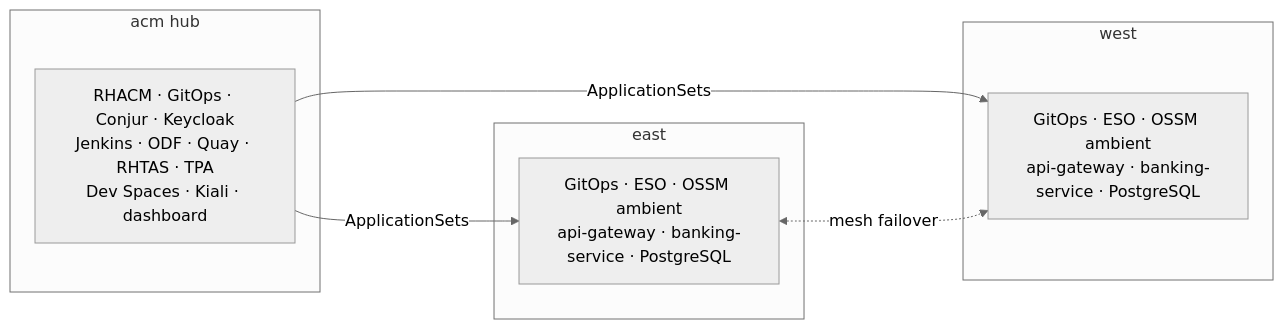
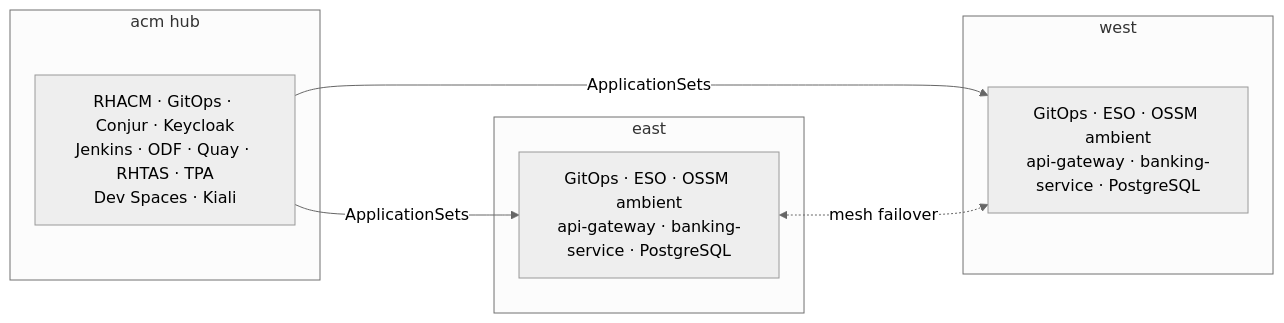
One commit to panchoraposo/demo-spring changed the diagram in README.md. Above: the diagram before and after it, drawn with Mermaid (neutral theme). The commit also changed 3 other files, not shown here.

First line of the commit message:
Omit the credentials dashboard from architecture diagrams.

````diff
--- a/README.md
+++ b/README.md
@@ -13,15 +13,15 @@
 ```mermaid
 flowchart LR
   subgraph acm ["acm hub"]
-    HubSvc["RHACM · GitOps · Conjur · Keycloak<br/>Jenkins · ODF · Quay · RHTAS · TPA<br/>Dev Spaces · Kiali · dashboard"]
+    HubSvc["RHACM · GitOps · Conjur · Keycloak<br/>Jenkins · ODF · Quay · RHTAS · TPA<br/>Dev Spaces · Kiali"]
   end
   subgraph east ["east"]
     EastSvc["GitOps · ESO · OSSM ambient<br/>api-gateway · banking-service · PostgreSQL"]
   end
   subgraph west ["west"]
     WestSvc["GitOps · ESO · OSSM ambient<br/>api-gateway · banking-service · PostgreSQL"]
   end
   HubSvc -->|ApplicationSets| EastSvc
   HubSvc -->|ApplicationSets| WestSvc
   EastSvc <-.->|mesh failover| WestSvc
 ```
````
